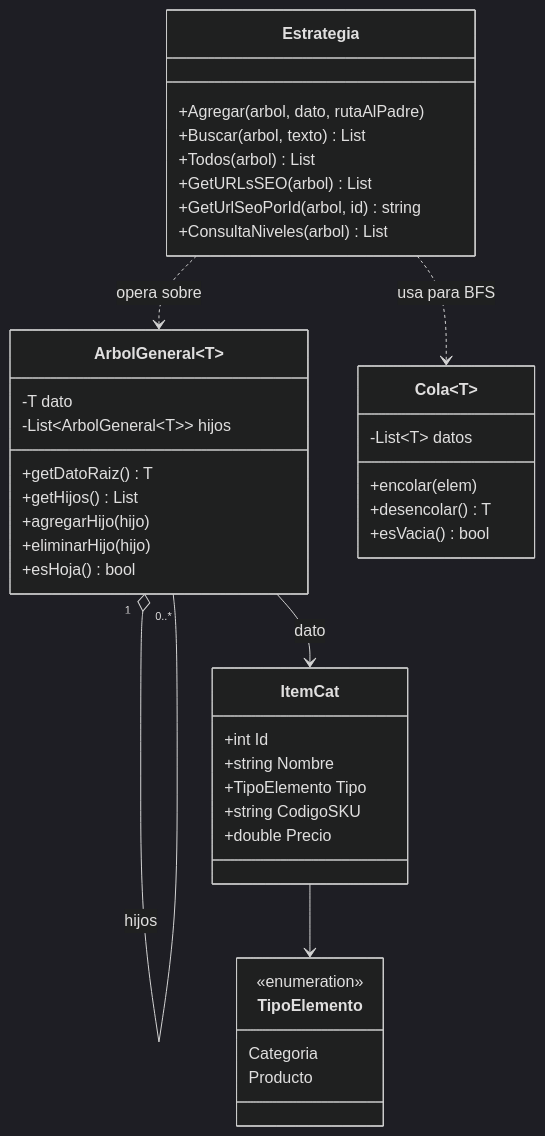
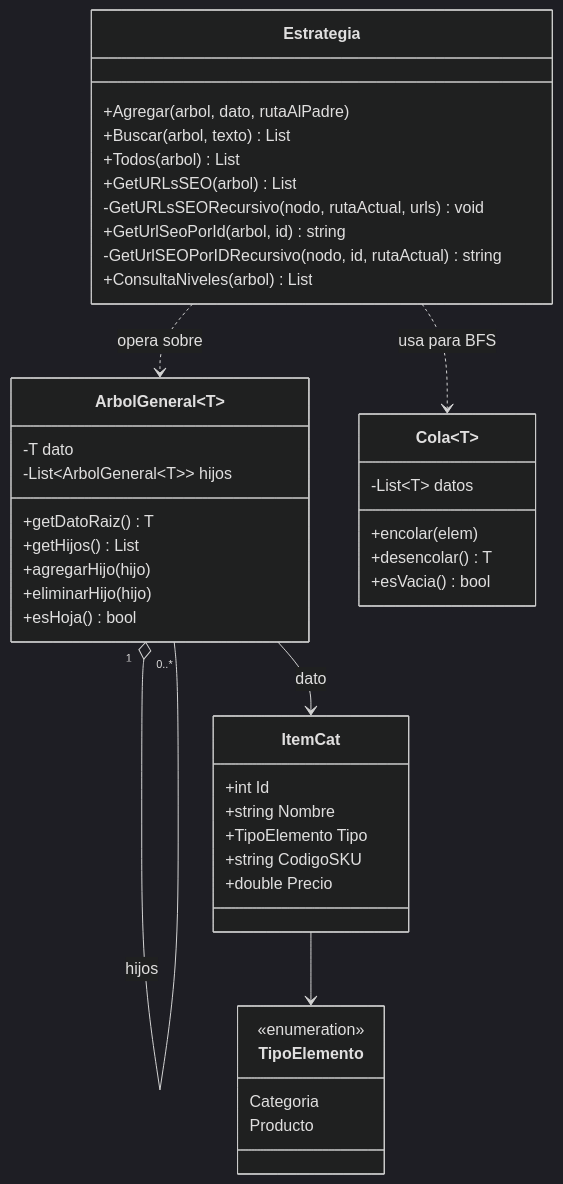
One commit to NotShinny2006/AyED_TFP- changed the first of 2 diagrams in README.md. Above: the diagram before and after it, drawn with Mermaid (dark theme). The commit also changed other lines of this file, not shown here.

````diff
--- a/README.md
+++ b/README.md
@@ -30,43 +30,45 @@
 ```mermaid
 classDiagram
     class ArbolGeneral~T~ {
         -T dato
         -List~ArbolGeneral~T~~ hijos
         +getDatoRaiz() T
         +getHijos() List
         +agregarHijo(hijo)
         +eliminarHijo(hijo)
         +esHoja() bool
     }
     class ItemCat {
         +int Id
         +string Nombre
         +TipoElemento Tipo
         +string CodigoSKU
         +double Precio
     }
     class TipoElemento {
         <<enumeration>>
         Categoria
         Producto
     }
     class Cola~T~ {
         -List~T~ datos
         +encolar(elem)
         +desencolar() T
         +esVacia() bool
     }
     class Estrategia {
         +Agregar(arbol, dato, rutaAlPadre)
         +Buscar(arbol, texto) List
         +Todos(arbol) List
         +GetURLsSEO(arbol) List
+        -GetURLsSEORecursivo(nodo, rutaActual, urls) void
         +GetUrlSeoPorId(arbol, id) string
+        -GetUrlSEOPorIDRecursivo(nodo, id, rutaActual) string
         +ConsultaNiveles(arbol) List
     }
     ArbolGeneral "1" o-- "0..*" ArbolGeneral : hijos
     ArbolGeneral --> ItemCat : dato
     ItemCat --> TipoElemento
     Estrategia ..> ArbolGeneral : opera sobre
     Estrategia ..> Cola : usa para BFS
 ```
````
